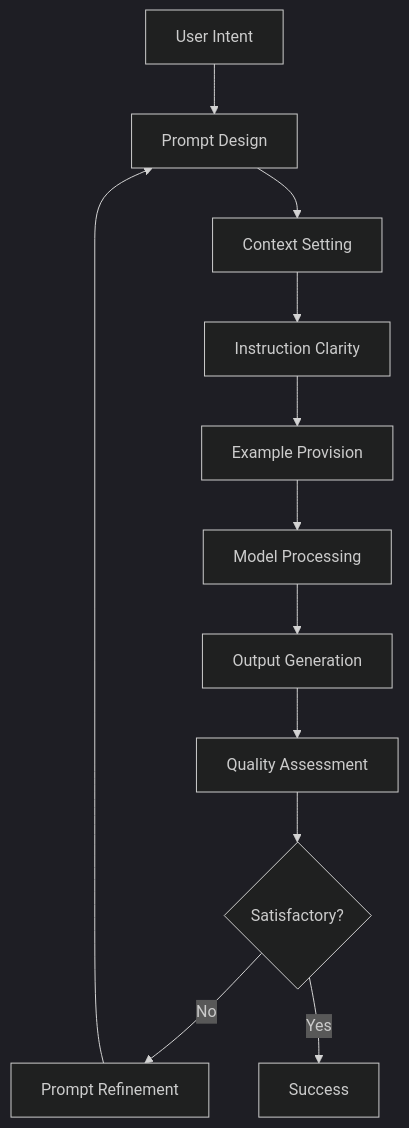
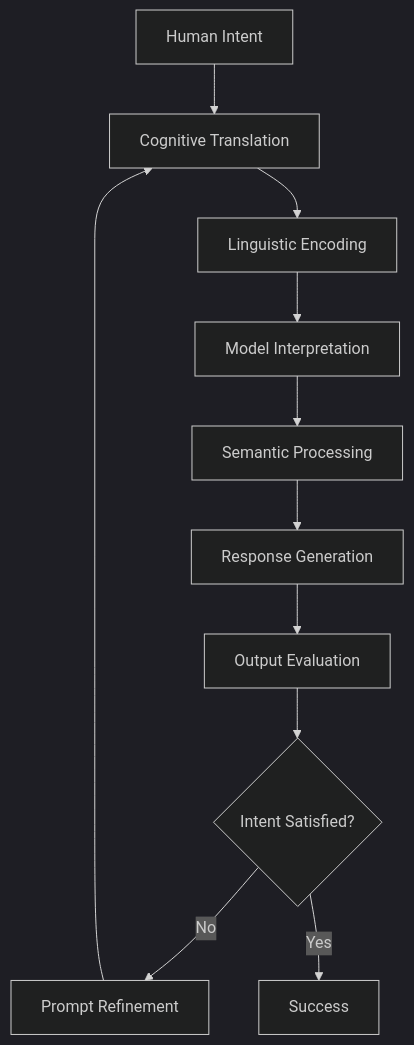
Before and after one commit to nvgr-GenAI/my-learning: the diagram in docs/genai/prompt-engineering/index.md, drawn with Mermaid (dark theme). The commit also changed other lines of this file and 23 other files, not shown here.

````diff
--- a/docs/genai/prompt-engineering/index.md
+++ b/docs/genai/prompt-engineering/index.md
@@ -57,14 +57,13 @@
 ```mermaid
 graph TD
-    A[User Intent] --> B[Prompt Design]
-    B --> C[Context Setting]
-    C --> D[Instruction Clarity]
-    D --> E[Example Provision]
-    E --> F[Model Processing]
-    F --> G[Output Generation]
-    G --> H[Quality Assessment]
-    H --> I{Satisfactory?}
-    I -->|No| J[Prompt Refinement]
-    J --> B
-    I -->|Yes| K[Success]
+    A[Human Intent] --> B[Cognitive Translation]
+    B --> C[Linguistic Encoding]
+    C --> D[Model Interpretation]
+    D --> E[Semantic Processing]
+    E --> F[Response Generation]
+    F --> G[Output Evaluation]
+    G --> H{Intent Satisfied?}
+    H -->|No| I[Prompt Refinement]
+    I --> B
+    H -->|Yes| J[Success]
 ```
````
